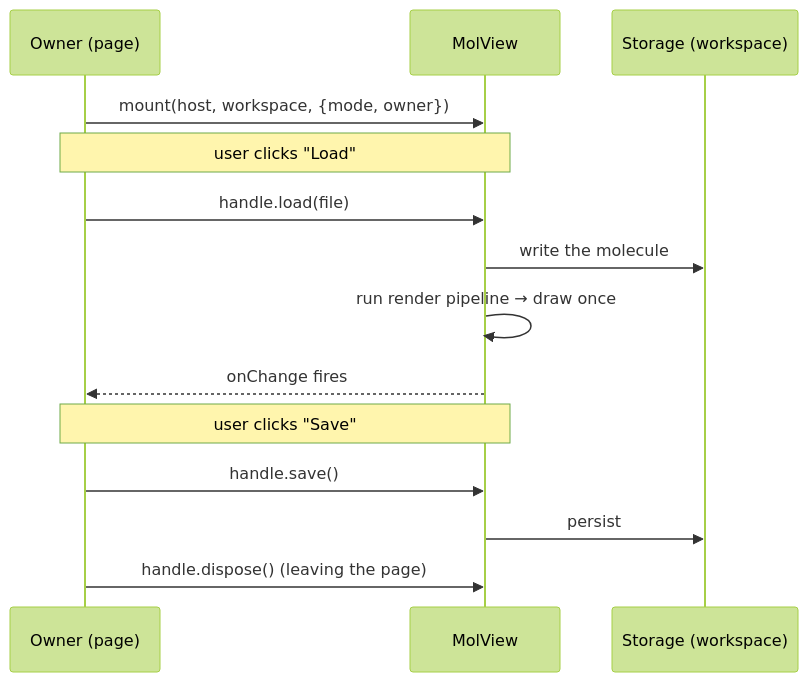
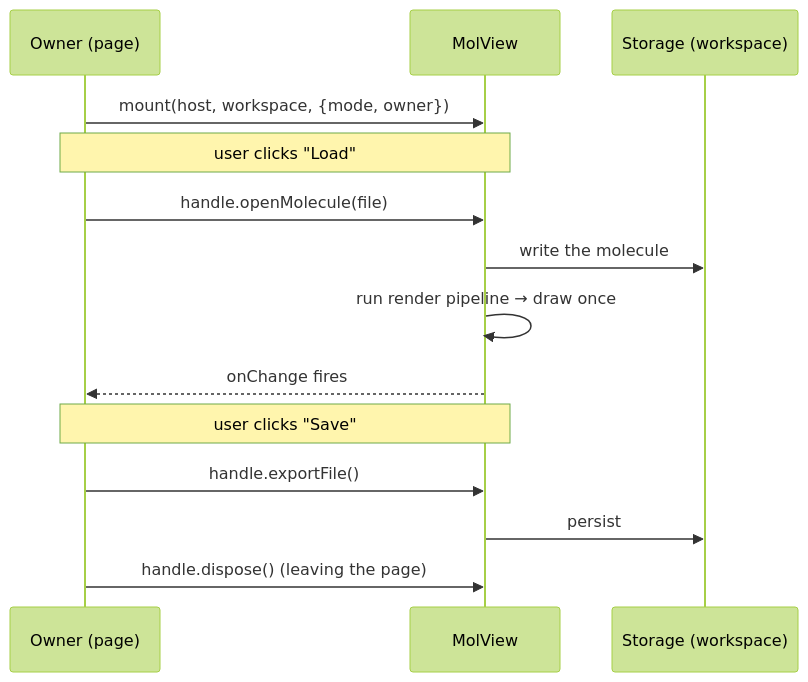
Before and after one commit to Qing-LAB/molbuilder: the fourth of 8 diagrams in docs/protocols/molview-module.md, drawn with Mermaid (forest theme). The commit also changed other lines of this file and 53 other files, not shown here.

````diff
--- a/docs/protocols/molview-module.md
+++ b/docs/protocols/molview-module.md
@@ -153,16 +153,16 @@
 ```mermaid
 sequenceDiagram
     participant Owner as Owner (page)
     participant MV as MolView
     participant WS as Storage (workspace)
     Owner->>MV: mount(host, workspace, {mode, owner})
     Note over Owner,MV: user clicks "Load"
-    Owner->>MV: handle.load(file)
+    Owner->>MV: handle.openMolecule(file)
     MV->>WS: write the molecule
     MV->>MV: run render pipeline → draw once
     MV-->>Owner: onChange fires
     Note over Owner,MV: user clicks "Save"
-    Owner->>MV: handle.save()
+    Owner->>MV: handle.exportFile()
     MV->>WS: persist
     Owner->>MV: handle.dispose()  (leaving the page)
 ```
````
